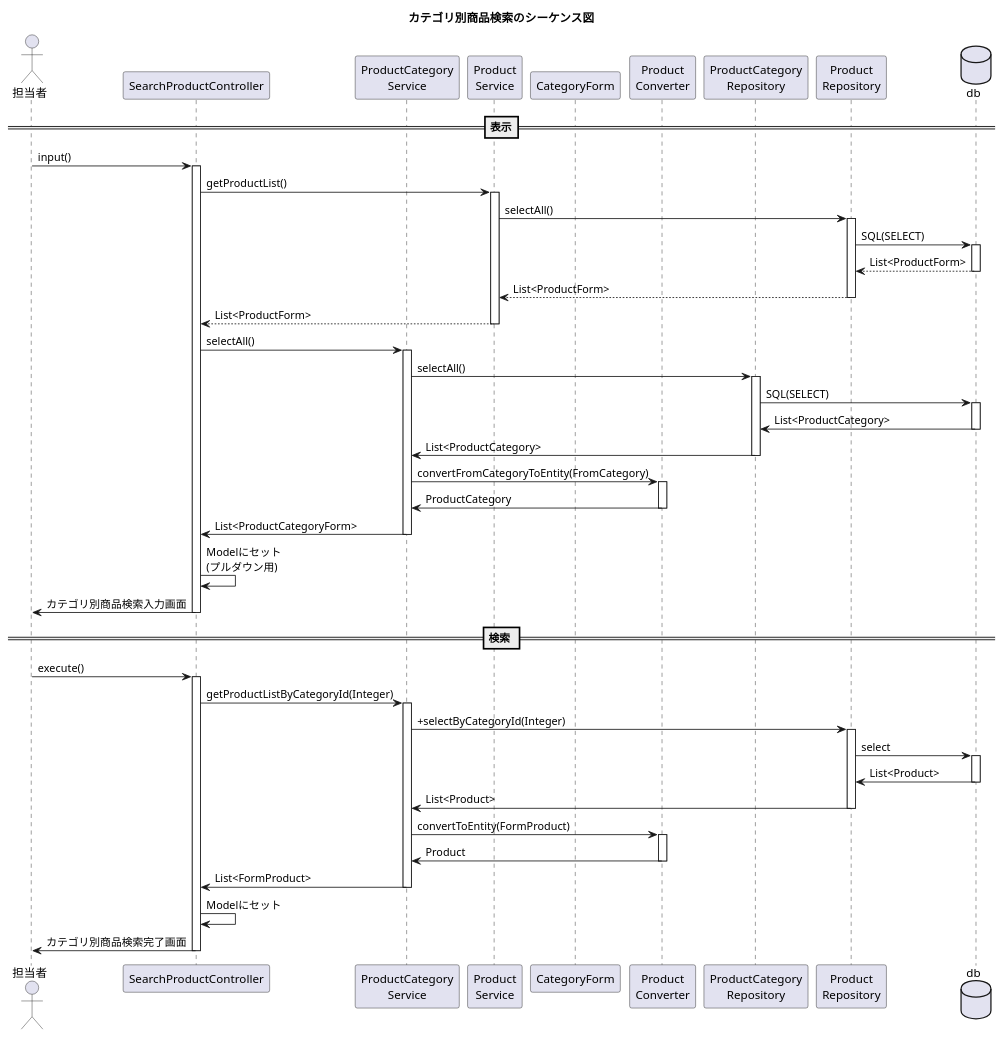
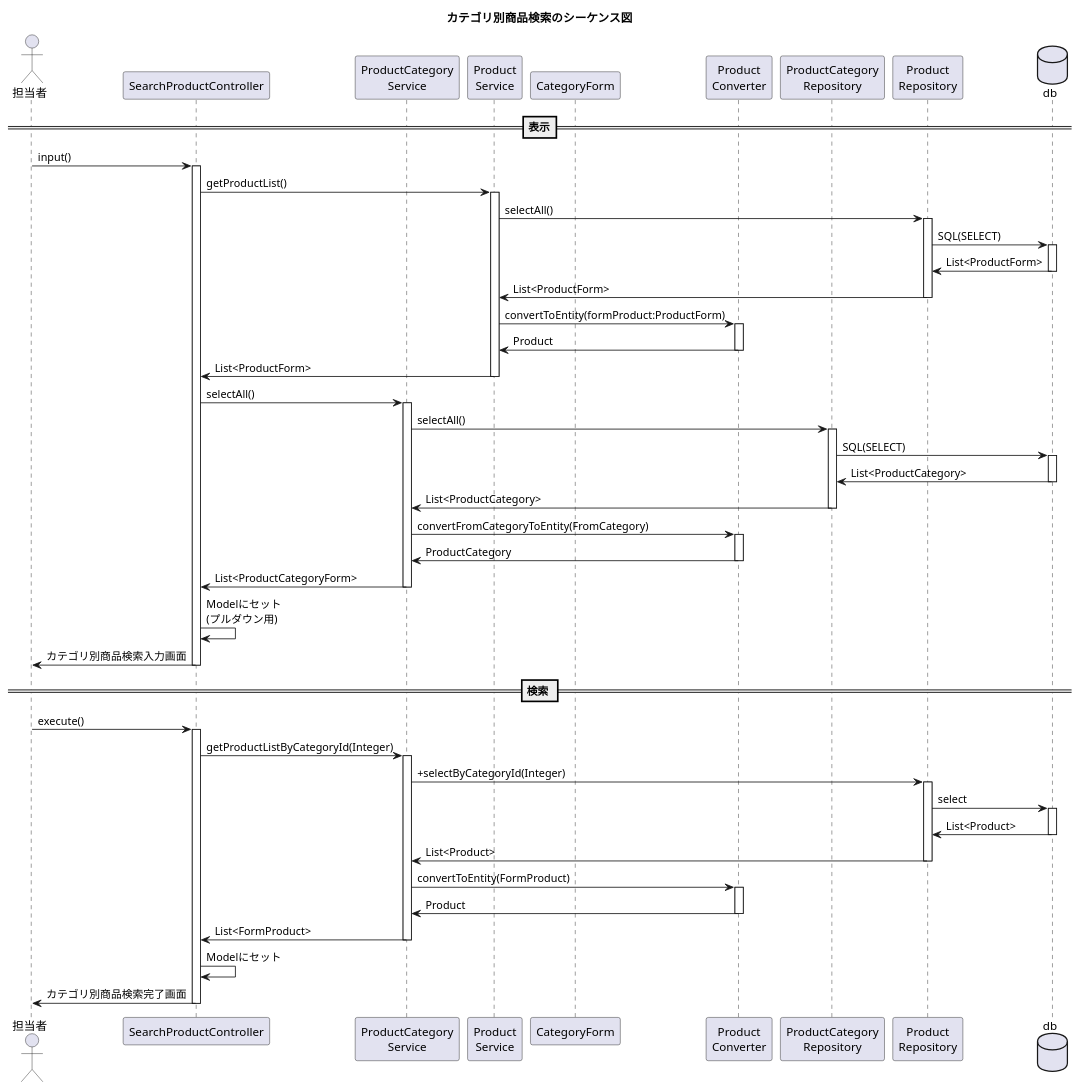
Before and after one commit to kanavii3333/ec-b: the diagram in plan/uml/sequence/uc011.plantuml, drawn with PlantUML.

Commit message:
シーケンス図入力にselectAll追加

```diff
--- a/plan/uml/sequence/uc011.plantuml
+++ b/plan/uml/sequence/uc011.plantuml
@@ -1,46 +1,48 @@
 @startuml
 
 title カテゴリ別商品検索のシーケンス図
 actor "担当者" as user
 participant "SearchProductController" as controller
 participant "ProductCategory\nService" as service
 participant "Product\nService" as service1
 participant "CategoryForm" as form
 participant "Product\nConverter" as helper
 participant "ProductCategory\nRepository" as repository1
 participant "Product\nRepository" as repository2
 database "db" as db
 ==表示==
 user -> controller++:input()
 controller -> service1++:getProductList()
 service1 -> repository2++:selectAll()
 repository2 -> db++:SQL(SELECT)
-repository2<-- db--:List<ProductForm> 
-service1 <-- repository2--:List<ProductForm>
-controller <-- service1--:List<ProductForm>
+repository2<- db--:List<ProductForm> 
+service1 <- repository2--:List<ProductForm>
+service1 -> helper++:convertToEntity(formProduct:ProductForm)
+service1 <- helper--:Product
+controller <- service1--:List<ProductForm>
 controller -> service++:selectAll()
 service -> repository1++:selectAll()
 repository1 -> db++:SQL(SELECT)
 db -> repository1--:List<ProductCategory>
 repository1 -> service--:List<ProductCategory>
 service -> helper++:convertFromCategoryToEntity(FromCategory)
 service <- helper--:ProductCategory
 service -> controller--:List<ProductCategoryForm>
 controller -> controller:Modelにセット\n(プルダウン用)
 controller -> user--:カテゴリ別商品検索入力画面
 
 == 検索 ==
 user -> controller++:execute()
 controller -> service++:getProductListByCategoryId(Integer)
 service -> repository2++:+selectByCategoryId(Integer)
 repository2 -> db++:select
 db -> repository2--:List<Product>
 repository2 -> service--:List<Product>
 service -> helper++:convertToEntity(FormProduct)
 service <- helper--:Product
 service -> controller--:List<FormProduct>
 controller -> controller:Modelにセット
 controller -> user--:カテゴリ別商品検索完了画面
 
 
 @enduml
```
